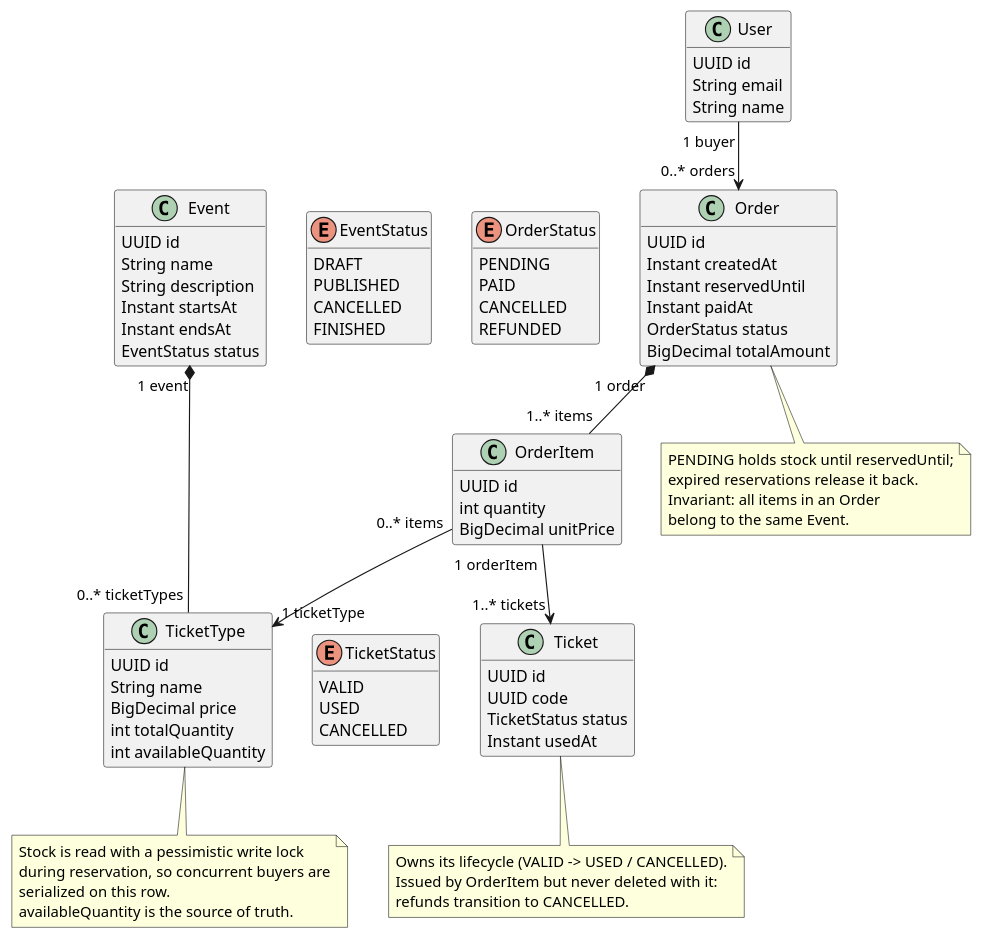
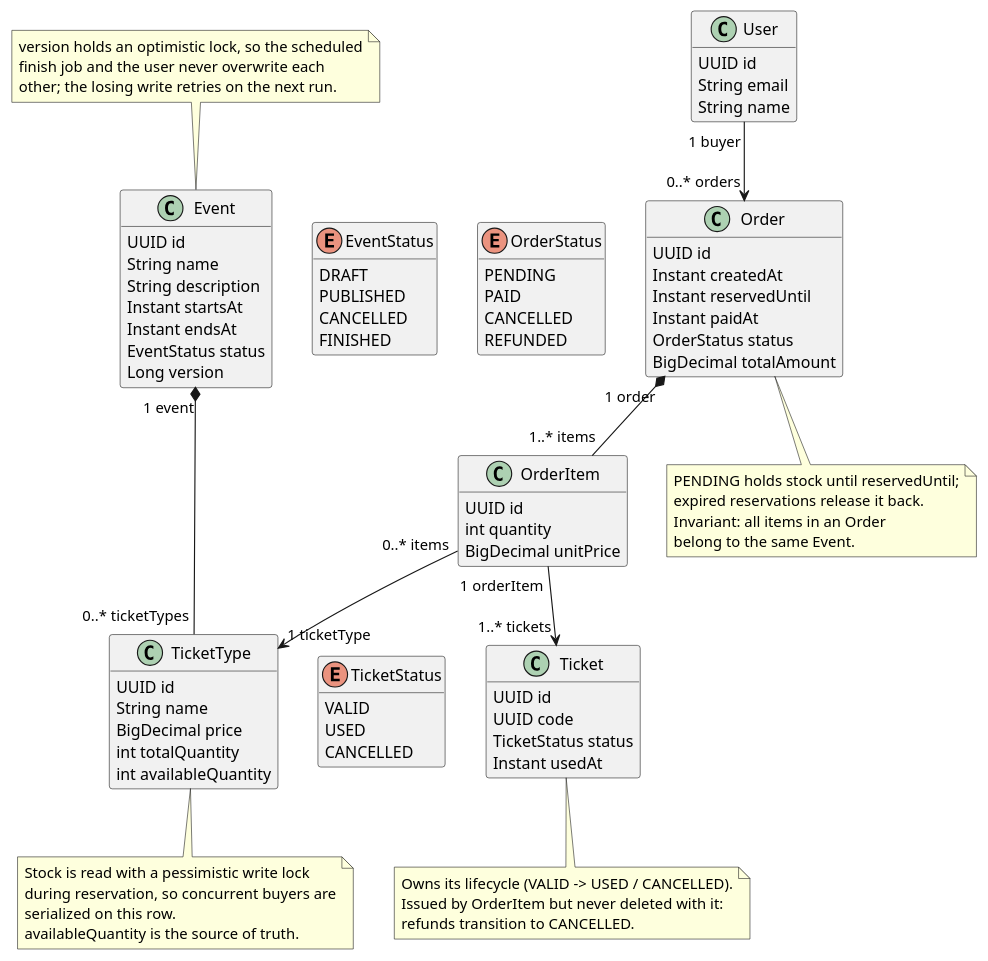
One commit to MatheusLeiteCarneiro/soldout-api changed the diagram in docs/diagrams/class-model.puml. Above: the diagram before and after it, drawn with PlantUML. The commit also changed 1 other file, not shown here.

Commit message:
docs: add version field to Event

```diff
--- a/docs/diagrams/class-model.puml
+++ b/docs/diagrams/class-model.puml
@@ -1,99 +1,107 @@
 @startuml
 
 hide empty members
 skinparam classAttributeIconSize 0
 
 together {
   class Event {
     UUID id
     String name
     String description
     Instant startsAt
     Instant endsAt
     EventStatus status
+    Long version
   }
   enum EventStatus {
     DRAFT
     PUBLISHED
     CANCELLED
     FINISHED
   }
 }
 
 class TicketType {
   UUID id
   String name
   BigDecimal price
   int totalQuantity
   int availableQuantity
 }
 
 class User {
   UUID id
   String email
   String name
 }
 
 together {
   class Order {
     UUID id
     Instant createdAt
     Instant reservedUntil
     Instant paidAt
     OrderStatus status
     BigDecimal totalAmount
   }
   enum OrderStatus {
     PENDING
     PAID
     CANCELLED
     REFUNDED
   }
 }
 
 class OrderItem {
   UUID id
   int quantity
   BigDecimal unitPrice
 }
 
 together {
   class Ticket {
     UUID id
     UUID code
     TicketStatus status
     Instant usedAt
   }
   enum TicketStatus {
     VALID
     USED
     CANCELLED
   }
 }
 
 Event "1 event" *-- "0..* ticketTypes" TicketType
 User "1 buyer" --> "0..* orders" Order
 Order "1 order" *-- "1..* items" OrderItem
 OrderItem "1 orderItem" --> "1..* tickets" Ticket
 OrderItem "0..* items" --> "1 ticketType" TicketType
+
+note top of Event
+  version holds an optimistic lock, so the scheduled
+  finish job and the user never overwrite each
+  other; the losing write retries on the next run.
+end note
+
 note bottom of TicketType
   Stock is read with a pessimistic write lock
   during reservation, so concurrent buyers are
   serialized on this row.
   availableQuantity is the source of truth.
 end note
 
 note bottom of Order
   PENDING holds stock until reservedUntil;
   expired reservations release it back.
   Invariant: all items in an Order
   belong to the same Event.
 end note
 
 note bottom of Ticket
   Owns its lifecycle (VALID -> USED / CANCELLED).
   Issued by OrderItem but never deleted with it:
   refunds transition to CANCELLED.
 end note
 
 @enduml
```
